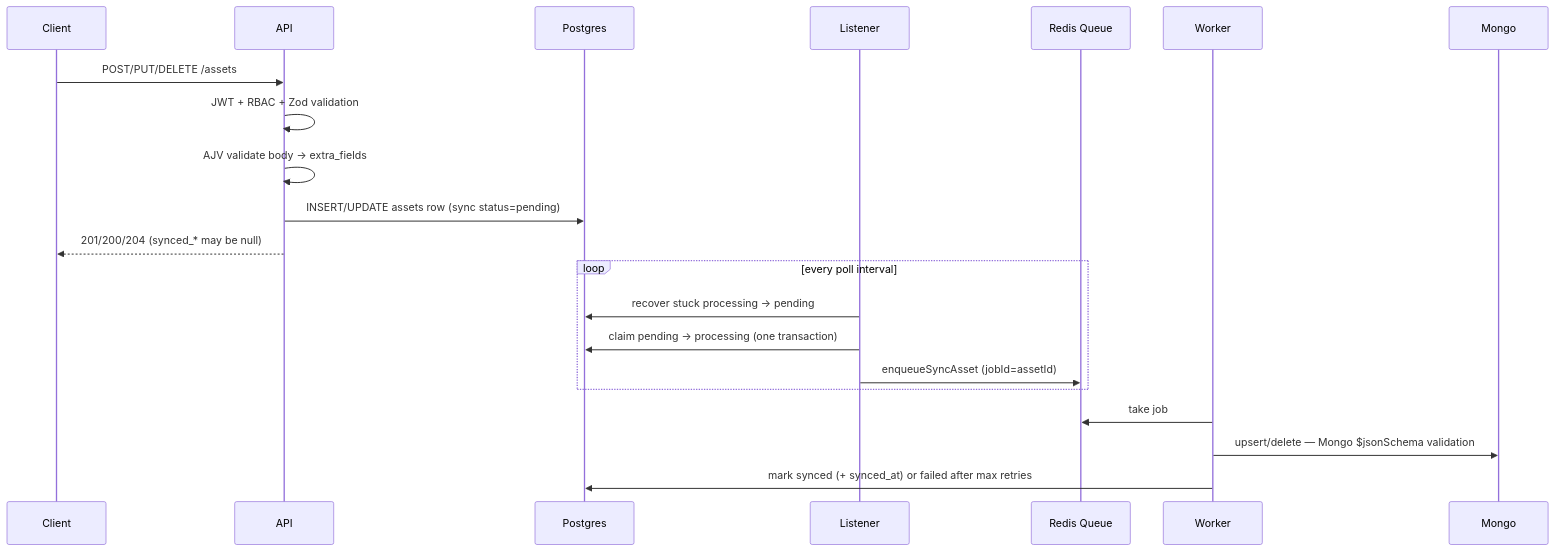
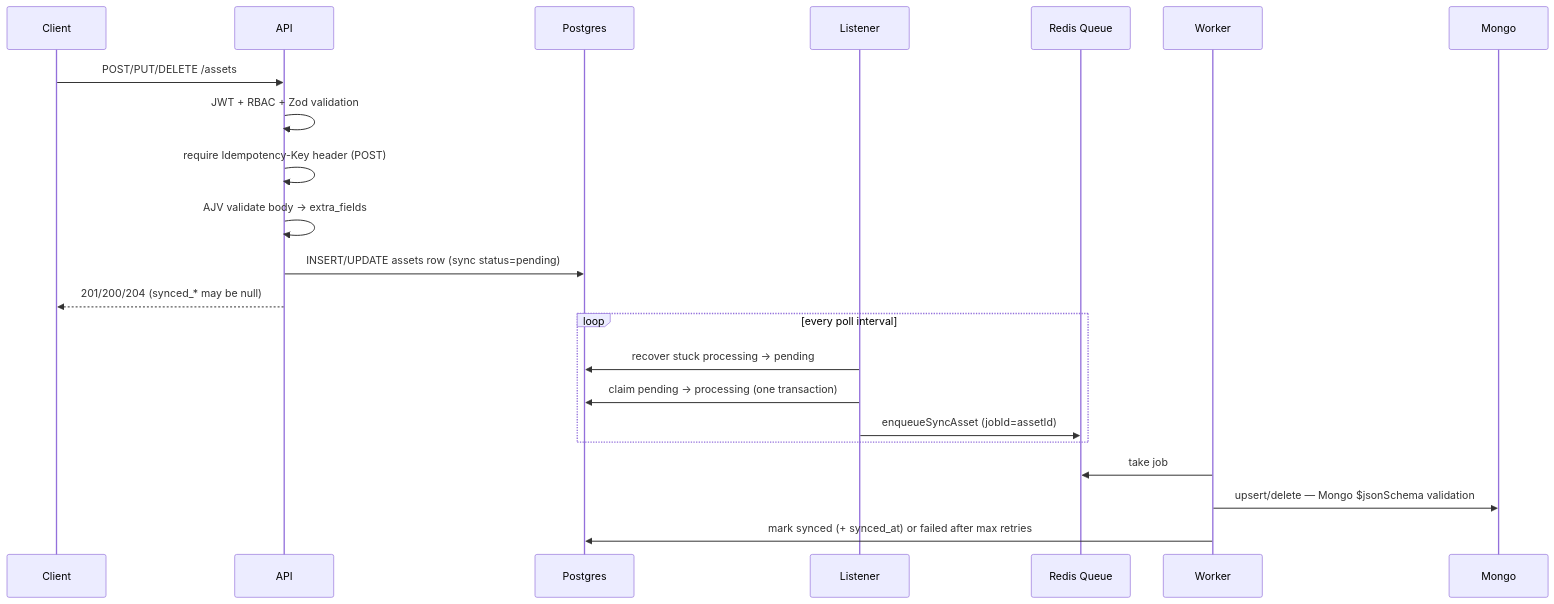
The third of 7 diagrams in ARCHITECTURE.md (msroot/voda_ai_homework), drawn with Mermaid before and after one commit. The commit also changed other lines of this file and 18 other files, not shown here.

````diff
--- a/ARCHITECTURE.md
+++ b/ARCHITECTURE.md
@@ -145,26 +145,27 @@
 ```mermaid
 sequenceDiagram
   participant C as Client
   participant API as API
   participant PG as Postgres
   participant L as Listener
   participant Q as Redis Queue
   participant W as Worker
   participant MG as Mongo
 
   C->>API: POST/PUT/DELETE /assets
   API->>API: JWT + RBAC + Zod validation
+  API->>API: require Idempotency-Key header (POST)
   API->>API: AJV validate body → extra_fields
   API->>PG: INSERT/UPDATE assets row (sync status=pending)
   API-->>C: 201/200/204 (synced_* may be null)
 
   loop every poll interval
     L->>PG: recover stuck processing → pending
     L->>PG: claim pending → processing (one transaction)
     L->>Q: enqueueSyncAsset (jobId=assetId)
   end
 
   W->>Q: take job
   W->>MG: upsert/delete — Mongo $jsonSchema validation
   W->>PG: mark synced (+ synced_at) or failed after max retries
 ```
````
